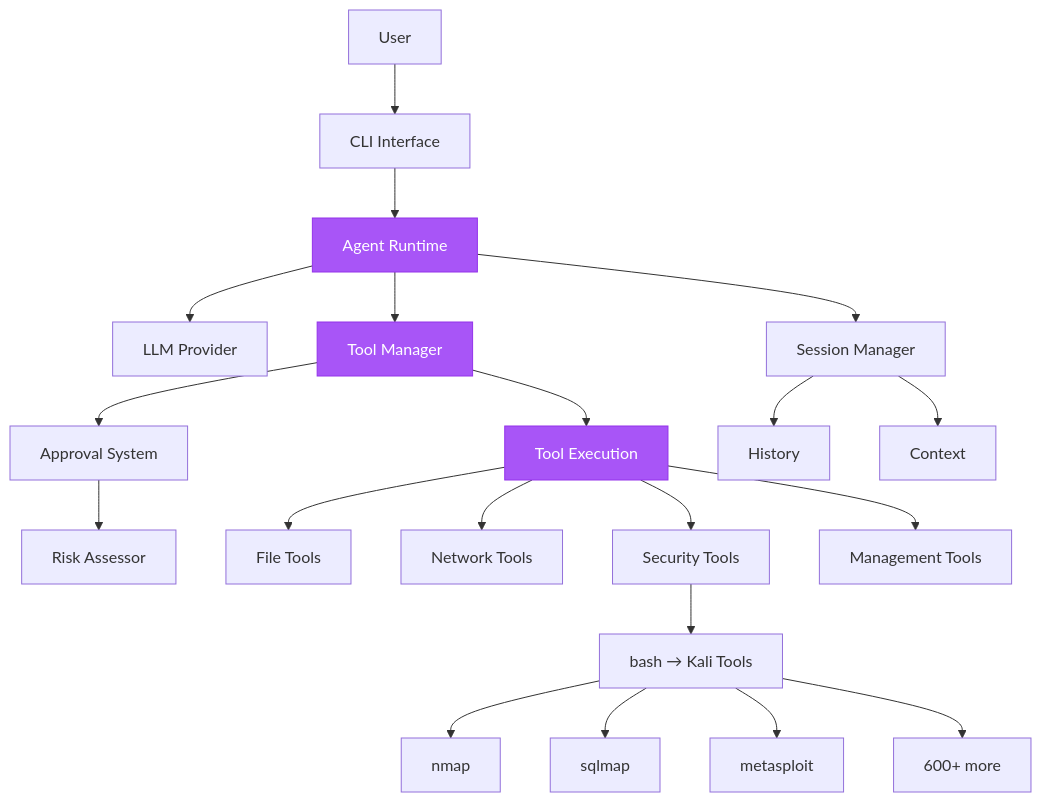
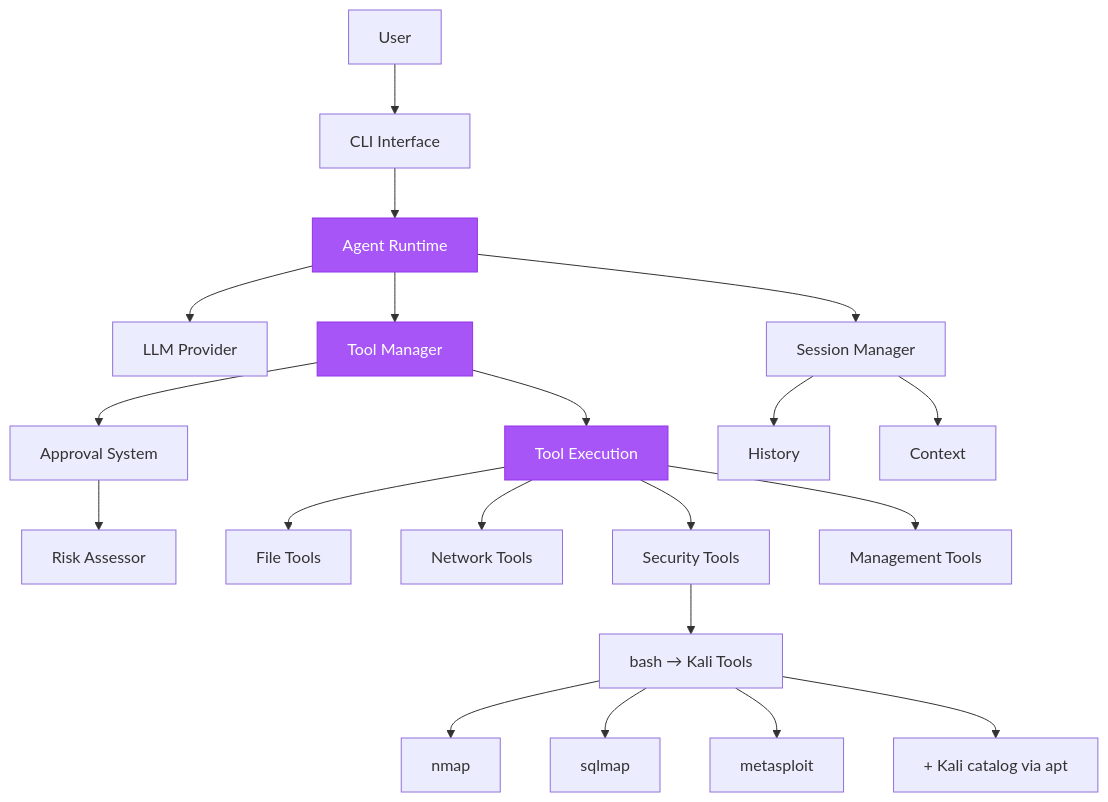
One commit to akaeli-aesc/aesc-cli changed the first of 8 diagrams in docs/advanced/architecture.mdx. Above: the diagram before and after it, drawn with Mermaid. The commit also changed 15 other files, not shown here.

````diff
--- a/docs/advanced/architecture.mdx
+++ b/docs/advanced/architecture.mdx
@@ -11,31 +11,31 @@
 ```mermaid
 graph TB
     A[User] --> B[CLI Interface]
     B --> C[Agent Runtime]
     C --> D[LLM Provider]
     C --> E[Tool Manager]
 
     E --> F[Approval System]
     F --> G[Risk Assessor]
 
     E --> H[Tool Execution]
 
     C --> I[Session Manager]
     I --> J[History]
     I --> K[Context]
 
     H --> L[File Tools]
     H --> M[Network Tools]
     H --> N[Security Tools]
     H --> O[Management Tools]
 
     N --> P[bash → Kali Tools]
     P --> Q[nmap]
     P --> R[sqlmap]
     P --> S[metasploit]
-    P --> T[600+ more]
+    P --> T[+ Kali catalog via apt]
 
     style C fill:#A855F7,stroke:#9333EA,color:#fff
     style E fill:#A855F7,stroke:#9333EA,color:#fff
     style H fill:#A855F7,stroke:#9333EA,color:#fff
 ```
````
